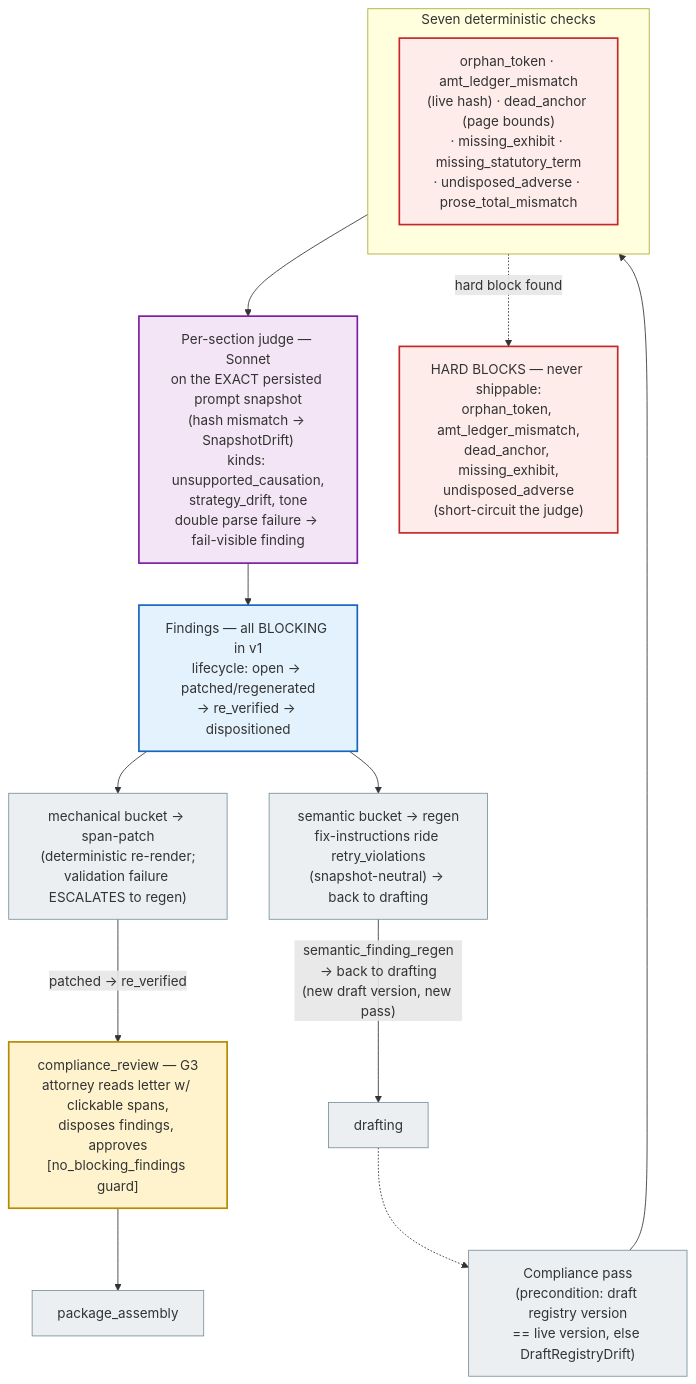
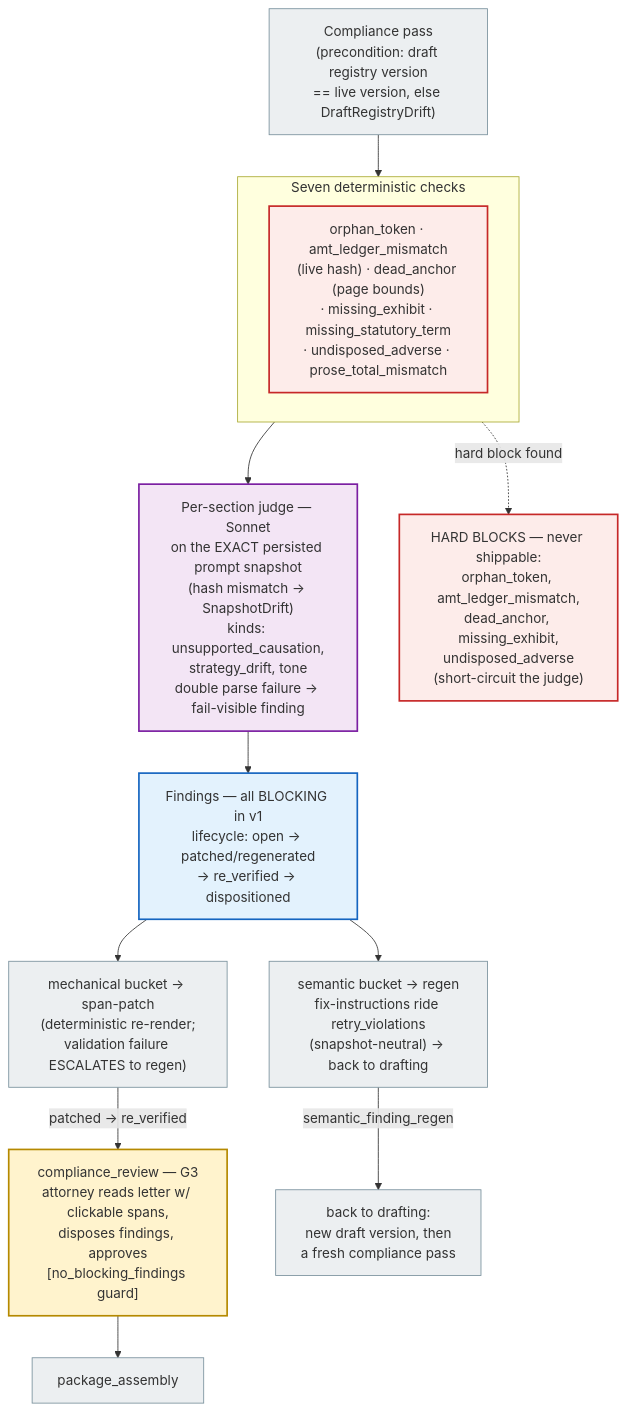
The second of 2 diagrams in systemflows/demand_generation.md (foundersclai/clarionpi), drawn with Mermaid before and after one commit. The commit also changed 12 other files, not shown here.

````diff
--- a/systemflows/demand_generation.md
+++ b/systemflows/demand_generation.md
@@ -32,30 +32,29 @@
 ```mermaid
 flowchart TB
     pass["Compliance pass<br/>(precondition: draft registry version<br/>== live version, else DraftRegistryDrift)"]:::auto
 
     subgraph det["Seven deterministic checks"]
         d1["orphan_token · amt_ledger_mismatch<br/>(live hash) · dead_anchor (page bounds)<br/>· missing_exhibit · missing_statutory_term<br/>· undisposed_adverse · prose_total_mismatch"]:::guard
     end
 
     judge["Per-section judge — Sonnet<br/>on the EXACT persisted prompt snapshot<br/>(hash mismatch -> SnapshotDrift)<br/>kinds: unsupported_causation,<br/>strategy_drift, tone<br/>double parse failure -> fail-visible finding"]:::llm
     findings["Findings — all BLOCKING in v1<br/>lifecycle: open -> patched/regenerated<br/>-> re_verified -> dispositioned"]:::registry
     mech["mechanical bucket -> span-patch<br/>(deterministic re-render;<br/>validation failure ESCALATES to regen)"]:::auto
     sem["semantic bucket -> regen<br/>fix-instructions ride retry_violations<br/>(snapshot-neutral) -> back to drafting"]:::auto
     hard["HARD BLOCKS — never shippable:<br/>orphan_token, amt_ledger_mismatch,<br/>dead_anchor, missing_exhibit,<br/>undisposed_adverse<br/>(short-circuit the judge)"]:::guard
     g3["compliance_review — G3<br/>attorney reads letter w/ clickable spans,<br/>disposes findings, approves<br/>[no_blocking_findings guard]"]:::gate
 
     pass --> det --> judge --> findings
     findings --> mech
     findings --> sem
     det -. "hard block found" .-> hard
     mech -- "patched -> re_verified" --> g3
-    sem -- "semantic_finding_regen<br/>-> back to drafting<br/>(new draft version, new pass)" --> redraft["drafting"]:::auto
-    redraft -.-> pass
+    sem -- "semantic_finding_regen" --> redraft["back to drafting:<br/>new draft version, then<br/>a fresh compliance pass"]:::auto
     g3 --> out["package_assembly"]:::auto
 
     classDef auto fill:#eceff1,stroke:#78909c,color:#333
     classDef gate fill:#fff3cd,stroke:#b58900,stroke-width:2px,color:#333
     classDef llm fill:#f3e5f5,stroke:#7b1fa2,stroke-width:2px,color:#333
     classDef guard fill:#fdecea,stroke:#c62828,stroke-width:2px,color:#333
     classDef registry fill:#e3f2fd,stroke:#1565c0,stroke-width:2px,color:#333
 ```
````
